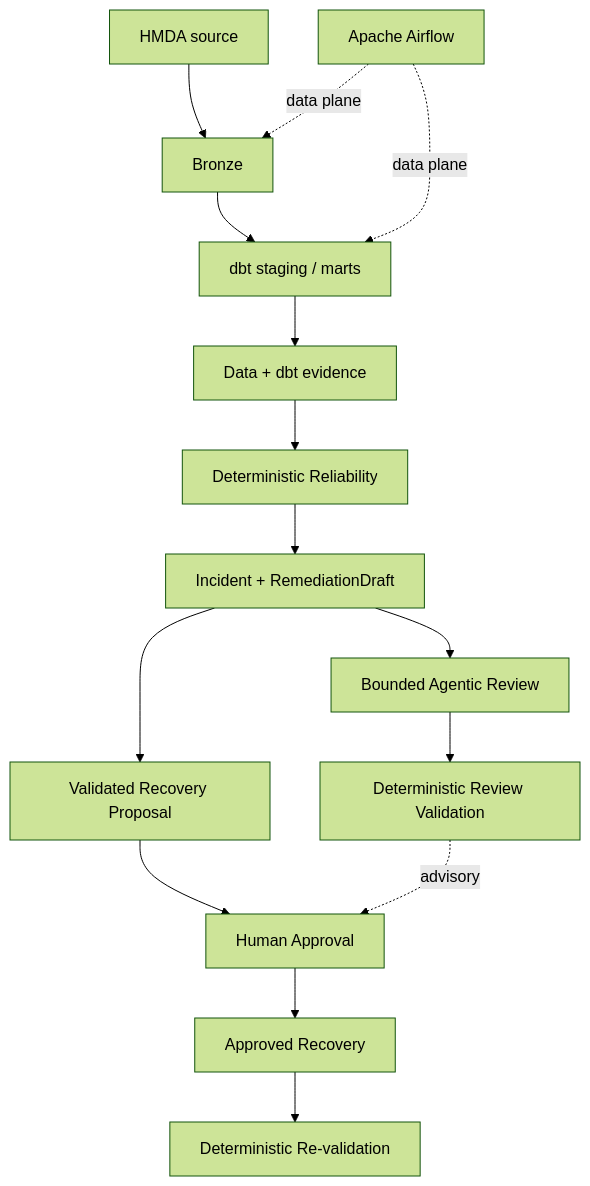
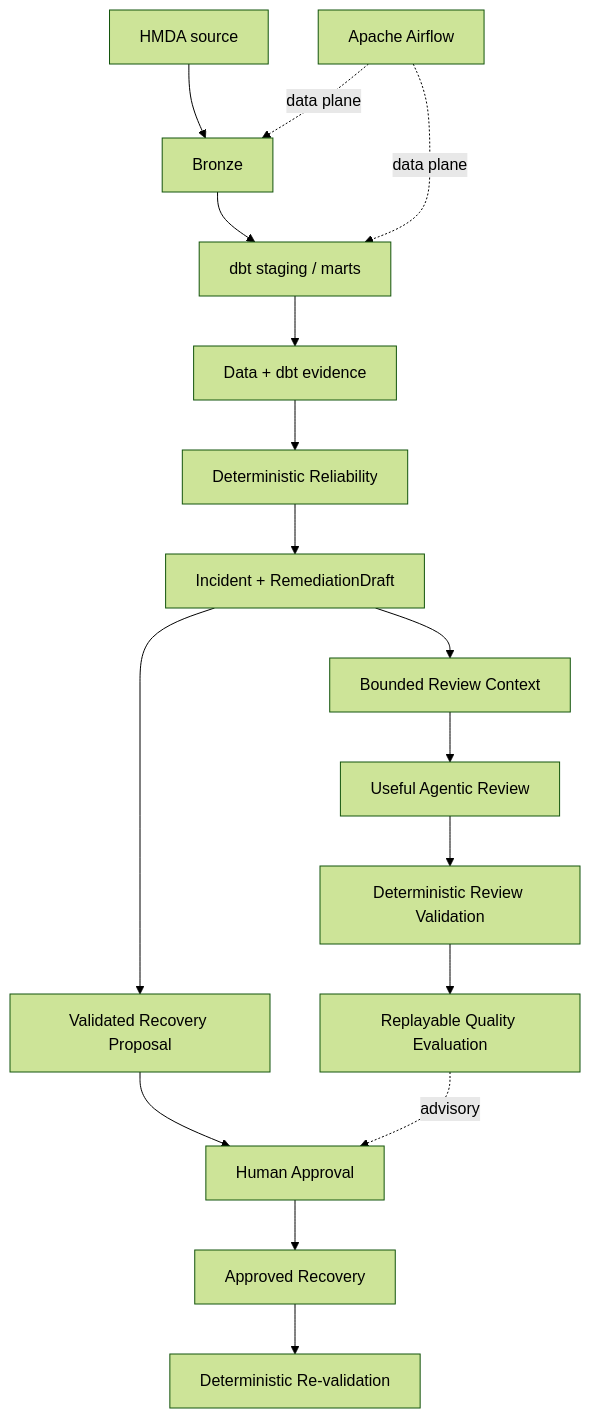
Before and after one commit to mols3131d/hmda-data-reliability: the diagram in docs/mvp.md, drawn with Mermaid (forest theme). The commit also changed other lines of this file, not shown here.

Commit message:
docs: redefine mvp agentic utility

````diff
--- a/docs/mvp.md
+++ b/docs/mvp.md
@@ -43,20 +47,22 @@
 ```mermaid
 flowchart TB
     source["HMDA source"] --> bronze["Bronze"]
     bronze --> analytical["dbt staging / marts"]
     analytical --> evidence["Data + dbt evidence"]
     evidence --> reliability["Deterministic Reliability"]
     reliability --> incident["Incident + RemediationDraft"]
+    incident --> context["Bounded Review Context"]
 
-    incident --> agent["Bounded Agentic Review"]
+    context --> agent["Useful Agentic Review"]
     agent --> guard["Deterministic Review Validation"]
+    guard --> evaluation["Replayable Quality Evaluation"]
 
     incident --> proposal["Validated Recovery Proposal"]
     proposal --> human["Human Approval"]
-    guard -. advisory .-> human
+    evaluation -. advisory .-> human
     human --> recovery["Approved Recovery"]
     recovery --> verify["Deterministic Re-validation"]
 
     airflow["Apache Airflow"] -. data plane .-> bronze
     airflow -. data plane .-> analytical
 ```
````
